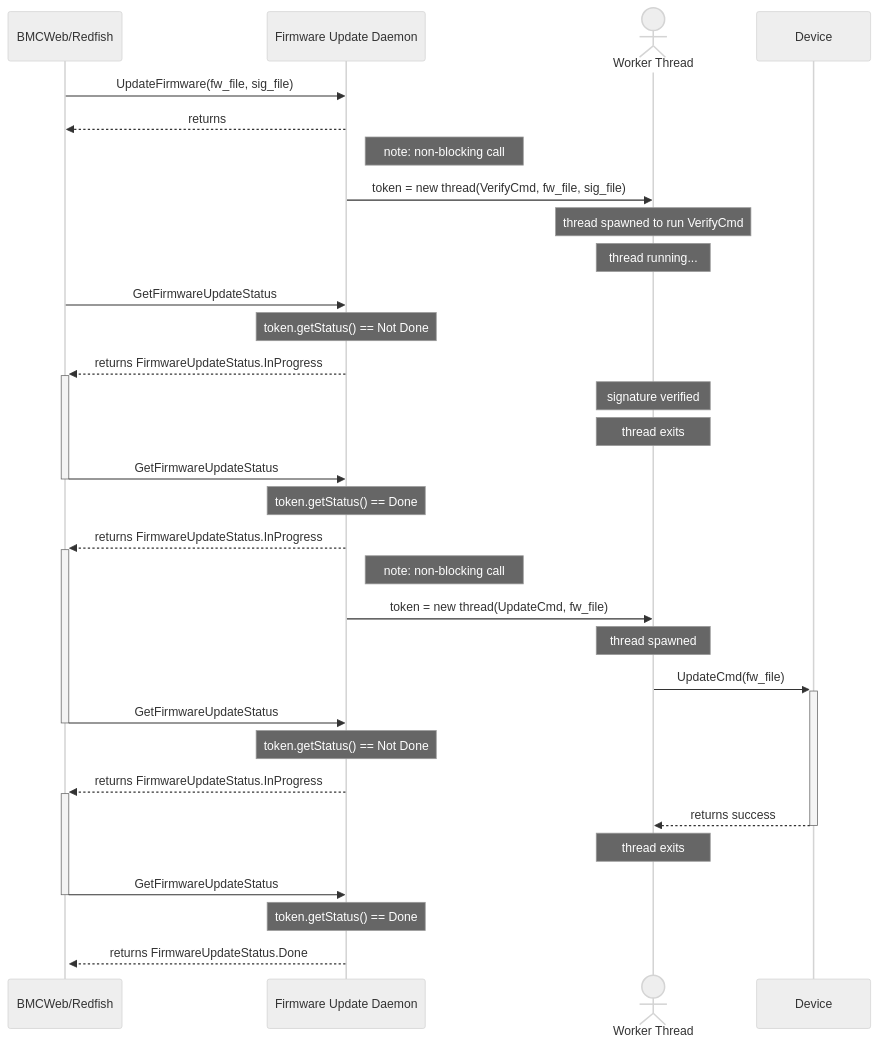
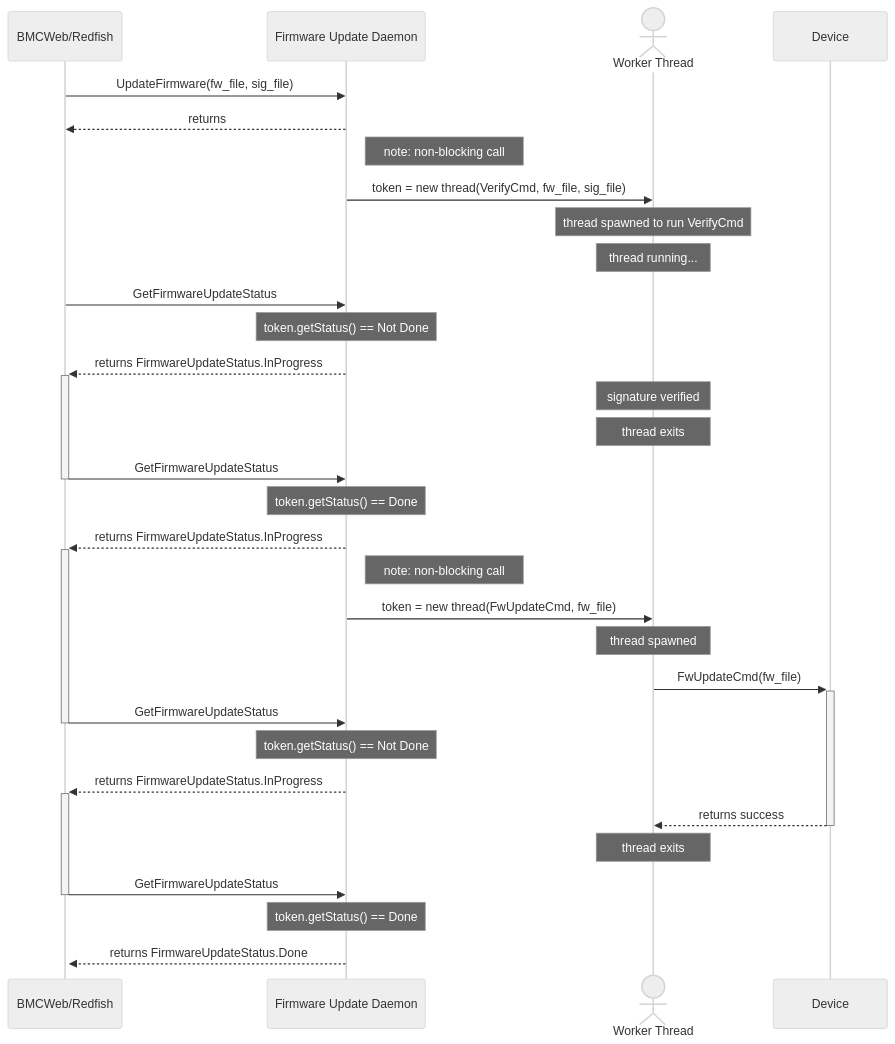
Before and after one commit to Edmond-Mo/device_update_daemon: the diagram in update_seq.md, drawn with Mermaid (neutral theme).

Commit message:
Update update_seq.md
UpdateCmd -> FwUpdateCmd

````diff
--- a/update_seq.md
+++ b/update_seq.md
@@ -1,37 +1,37 @@
 ```mermaid
 sequenceDiagram;
 participant APP as BMCWeb/Redfish
 participant FWD as Firmware Update Daemon
 actor WOK as Worker Thread
 participant DEV as Device
 
 APP ->> FWD: UpdateFirmware(fw_file, sig_file)
 FWD -->> APP: returns
 note right of FWD: note: non-blocking call
 FWD ->> WOK: token = new thread(VerifyCmd, fw_file, sig_file)
 note over WOK: thread spawned to run VerifyCmd
 note over WOK: thread running...
 APP ->> FWD: GetFirmwareUpdateStatus
 note over FWD: token.getStatus() == Not Done
 FWD -->>+ APP: returns FirmwareUpdateStatus.InProgress
 
 note over WOK: signature verified
 note over WOK: thread exits
 APP ->>- FWD: GetFirmwareUpdateStatus
 note over FWD: token.getStatus() == Done
 FWD -->>+ APP: returns FirmwareUpdateStatus.InProgress
 
 note right of FWD: note: non-blocking call
-FWD ->> WOK: token = new thread(UpdateCmd, fw_file)
+FWD ->> WOK: token = new thread(FwUpdateCmd, fw_file)
 note over WOK: thread spawned
-WOK ->>+ DEV: UpdateCmd(fw_file)
+WOK ->>+ DEV: FwUpdateCmd(fw_file)
 APP ->>- FWD: GetFirmwareUpdateStatus
 note over FWD: token.getStatus() == Not Done
 FWD -->>+ APP: returns FirmwareUpdateStatus.InProgress
 
 DEV -->>- WOK: returns success
 note over WOK: thread exits
 APP ->>- FWD: GetFirmwareUpdateStatus
 note over FWD: token.getStatus() == Done
 FWD -->>+ APP: returns FirmwareUpdateStatus.Done
 ```
````
